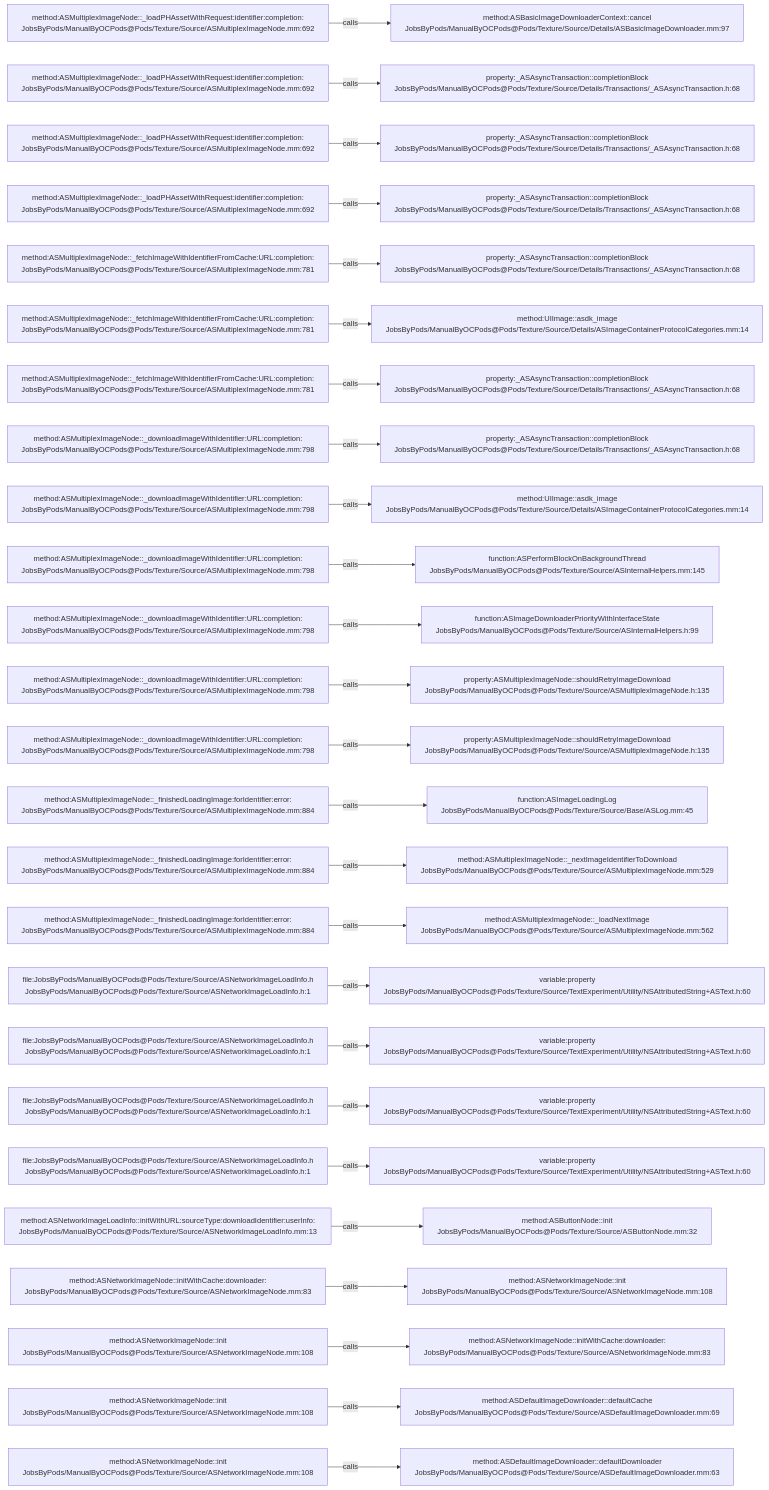
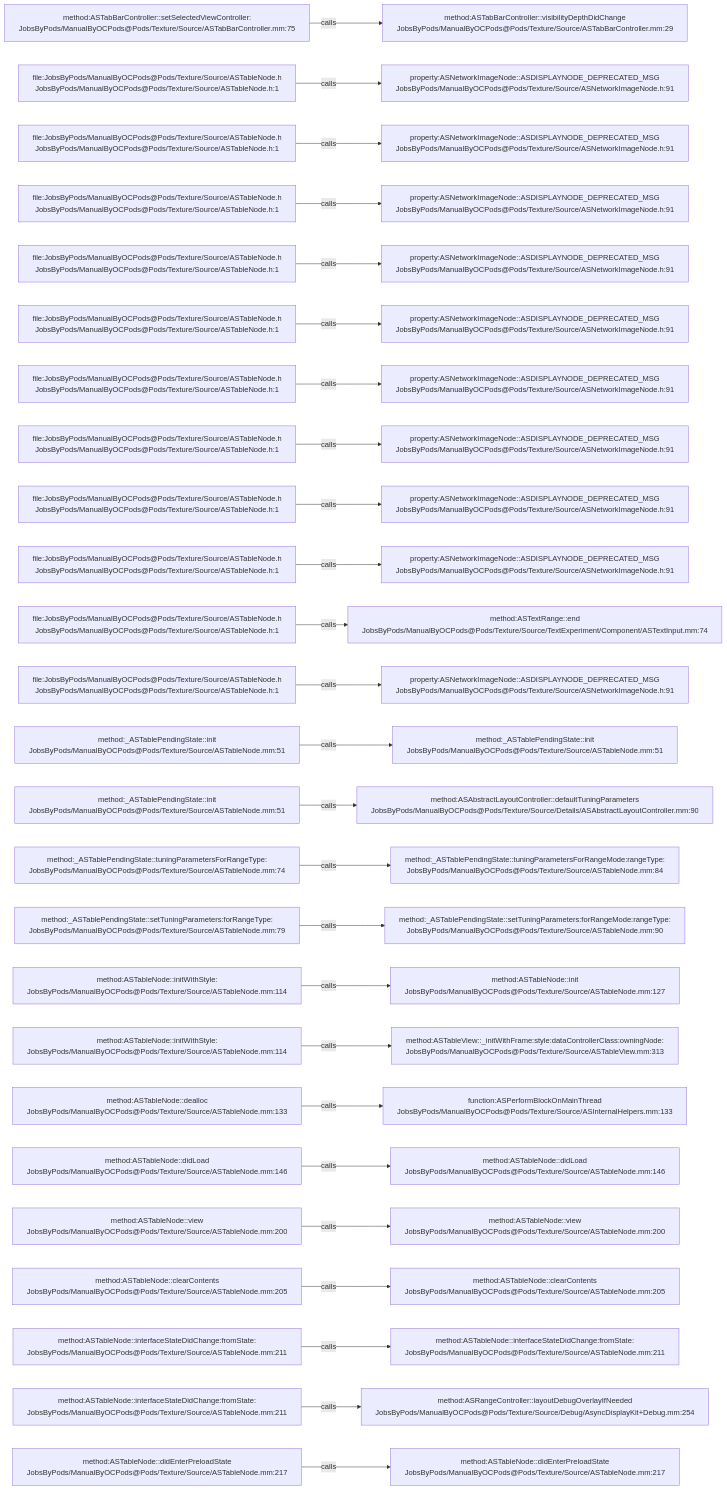
The diagram in .codegraph/codegraph.md/graphs/calls-124.md (JobsKits/JobsOCBaseConfigDemo), drawn with Mermaid before and after one commit. The commit also changed 1223 other files, not shown here.

````diff
--- a/.codegraph/codegraph.md/graphs/calls-124.md
+++ b/.codegraph/codegraph.md/graphs/calls-124.md
@@ -13,78 +13,78 @@
 ```mermaid
 flowchart LR
-  S1["method:ASMultiplexImageNode::_loadPHAssetWithRequest:identifier:completion:<br/>JobsByPods/ManualByOCPods@Pods/Texture/Source/ASMultiplexImageNode.mm:692"]
-  T1["method:ASBasicImageDownloaderContext::cancel<br/>JobsByPods/ManualByOCPods@Pods/Texture/Source/Details/ASBasicImageDownloader.mm:97"]
+  S1["method:ASTabBarController::setSelectedViewController:<br/>JobsByPods/ManualByOCPods@Pods/Texture/Source/ASTabBarController.mm:75"]
+  T1["method:ASTabBarController::visibilityDepthDidChange<br/>JobsByPods/ManualByOCPods@Pods/Texture/Source/ASTabBarController.mm:29"]
   S1 -->|calls| T1
-  S2["method:ASMultiplexImageNode::_loadPHAssetWithRequest:identifier:completion:<br/>JobsByPods/ManualByOCPods@Pods/Texture/Source/ASMultiplexImageNode.mm:692"]
-  T2["property:_ASAsyncTransaction::completionBlock<br/>JobsByPods/ManualByOCPods@Pods/Texture/Source/Details/Transactions/_ASAsyncTransaction.h:68"]
+  S2["file:JobsByPods/ManualByOCPods@Pods/Texture/Source/ASTableNode.h<br/>JobsByPods/ManualByOCPods@Pods/Texture/Source/ASTableNode.h:1"]
+  T2["property:ASNetworkImageNode::ASDISPLAYNODE_DEPRECATED_MSG<br/>JobsByPods/ManualByOCPods@Pods/Texture/Source/ASNetworkImageNode.h:91"]
   S2 -->|calls| T2
-  S3["method:ASMultiplexImageNode::_loadPHAssetWithRequest:identifier:completion:<br/>JobsByPods/ManualByOCPods@Pods/Texture/Source/ASMultiplexImageNode.mm:692"]
-  T3["property:_ASAsyncTransaction::completionBlock<br/>JobsByPods/ManualByOCPods@Pods/Texture/Source/Details/Transactions/_ASAsyncTransaction.h:68"]
+  S3["file:JobsByPods/ManualByOCPods@Pods/Texture/Source/ASTableNode.h<br/>JobsByPods/ManualByOCPods@Pods/Texture/Source/ASTableNode.h:1"]
+  T3["property:ASNetworkImageNode::ASDISPLAYNODE_DEPRECATED_MSG<br/>JobsByPods/ManualByOCPods@Pods/Texture/Source/ASNetworkImageNode.h:91"]
   S3 -->|calls| T3
-  S4["method:ASMultiplexImageNode::_loadPHAssetWithRequest:identifier:completion:<br/>JobsByPods/ManualByOCPods@Pods/Texture/Source/ASMultiplexImageNode.mm:692"]
-  T4["property:_ASAsyncTransaction::completionBlock<br/>JobsByPods/ManualByOCPods@Pods/Texture/Source/Details/Transactions/_ASAsyncTransaction.h:68"]
+  S4["file:JobsByPods/ManualByOCPods@Pods/Texture/Source/ASTableNode.h<br/>JobsByPods/ManualByOCPods@Pods/Texture/Source/ASTableNode.h:1"]
+  T4["property:ASNetworkImageNode::ASDISPLAYNODE_DEPRECATED_MSG<br/>JobsByPods/ManualByOCPods@Pods/Texture/Source/ASNetworkImageNode.h:91"]
   S4 -->|calls| T4
-  S5["method:ASMultiplexImageNode::_fetchImageWithIdentifierFromCache:URL:completion:<br/>JobsByPods/ManualByOCPods@Pods/Texture/Source/ASMultiplexImageNode.mm:781"]
-  T5["property:_ASAsyncTransaction::completionBlock<br/>JobsByPods/ManualByOCPods@Pods/Texture/Source/Details/Transactions/_ASAsyncTransaction.h:68"]
+  S5["file:JobsByPods/ManualByOCPods@Pods/Texture/Source/ASTableNode.h<br/>JobsByPods/ManualByOCPods@Pods/Texture/Source/ASTableNode.h:1"]
+  T5["property:ASNetworkImageNode::ASDISPLAYNODE_DEPRECATED_MSG<br/>JobsByPods/ManualByOCPods@Pods/Texture/Source/ASNetworkImageNode.h:91"]
   S5 -->|calls| T5
-  S6["method:ASMultiplexImageNode::_fetchImageWithIdentifierFromCache:URL:completion:<br/>JobsByPods/ManualByOCPods@Pods/Texture/Source/ASMultiplexImageNode.mm:781"]
-  T6["method:UIImage::asdk_image<br/>JobsByPods/ManualByOCPods@Pods/Texture/Source/Details/ASImageContainerProtocolCategories.mm:14"]
+  S6["file:JobsByPods/ManualByOCPods@Pods/Texture/Source/ASTableNode.h<br/>JobsByPods/ManualByOCPods@Pods/Texture/Source/ASTableNode.h:1"]
+  T6["property:ASNetworkImageNode::ASDISPLAYNODE_DEPRECATED_MSG<br/>JobsByPods/ManualByOCPods@Pods/Texture/Source/ASNetworkImageNode.h:91"]
   S6 -->|calls| T6
-  S7["method:ASMultiplexImageNode::_fetchImageWithIdentifierFromCache:URL:completion:<br/>JobsByPods/ManualByOCPods@Pods/Texture/Source/ASMultiplexImageNode.mm:781"]
-  T7["property:_ASAsyncTransaction::completionBlock<br/>JobsByPods/ManualByOCPods@Pods/Texture/Source/Details/Transactions/_ASAsyncTransaction.h:68"]
+  S7["file:JobsByPods/ManualByOCPods@Pods/Texture/Source/ASTableNode.h<br/>JobsByPods/ManualByOCPods@Pods/Texture/Source/ASTableNode.h:1"]
+  T7["property:ASNetworkImageNode::ASDISPLAYNODE_DEPRECATED_MSG<br/>JobsByPods/ManualByOCPods@Pods/Texture/Source/ASNetworkImageNode.h:91"]
   S7 -->|calls| T7
-  S8["method:ASMultiplexImageNode::_downloadImageWithIdentifier:URL:completion:<br/>JobsByPods/ManualByOCPods@Pods/Texture/Source/ASMultiplexImageNode.mm:798"]
-  T8["property:_ASAsyncTransaction::completionBlock<br/>JobsByPods/ManualByOCPods@Pods/Texture/Source/Details/Transactions/_ASAsyncTransaction.h:68"]
+  S8["file:JobsByPods/ManualByOCPods@Pods/Texture/Source/ASTableNode.h<br/>JobsByPods/ManualByOCPods@Pods/Texture/Source/ASTableNode.h:1"]
+  T8["property:ASNetworkImageNode::ASDISPLAYNODE_DEPRECATED_MSG<br/>JobsByPods/ManualByOCPods@Pods/Texture/Source/ASNetworkImageNode.h:91"]
   S8 -->|calls| T8
-  S9["method:ASMultiplexImageNode::_downloadImageWithIdentifier:URL:completion:<br/>JobsByPods/ManualByOCPods@Pods/Texture/Source/ASMultiplexImageNode.mm:798"]
-  T9["method:UIImage::asdk_image<br/>JobsByPods/ManualByOCPods@Pods/Texture/Source/Details/ASImageContainerProtocolCategories.mm:14"]
+  S9["file:JobsByPods/ManualByOCPods@Pods/Texture/Source/ASTableNode.h<br/>JobsByPods/ManualByOCPods@Pods/Texture/Source/ASTableNode.h:1"]
+  T9["property:ASNetworkImageNode::ASDISPLAYNODE_DEPRECATED_MSG<br/>JobsByPods/ManualByOCPods@Pods/Texture/Source/ASNetworkImageNode.h:91"]
   S9 -->|calls| T9
-  S10["method:ASMultiplexImageNode::_downloadImageWithIdentifier:URL:completion:<br/>JobsByPods/ManualByOCPods@Pods/Texture/Source/ASMultiplexImageNode.mm:798"]
-  T10["function:ASPerformBlockOnBackgroundThread<br/>JobsByPods/ManualByOCPods@Pods/Texture/Source/ASInternalHelpers.mm:145"]
+  S10["file:JobsByPods/ManualByOCPods@Pods/Texture/Source/ASTableNode.h<br/>JobsByPods/ManualByOCPods@Pods/Texture/Source/ASTableNode.h:1"]
+  T10["property:ASNetworkImageNode::ASDISPLAYNODE_DEPRECATED_MSG<br/>JobsByPods/ManualByOCPods@Pods/Texture/Source/ASNetworkImageNode.h:91"]
   S10 -->|calls| T10
-  S11["method:ASMultiplexImageNode::_downloadImageWithIdentifier:URL:completion:<br/>JobsByPods/ManualByOCPods@Pods/Texture/Source/ASMultiplexImageNode.mm:798"]
-  T11["function:ASImageDownloaderPriorityWithInterfaceState<br/>JobsByPods/ManualByOCPods@Pods/Texture/Source/ASInternalHelpers.h:99"]
+  S11["file:JobsByPods/ManualByOCPods@Pods/Texture/Source/ASTableNode.h<br/>JobsByPods/ManualByOCPods@Pods/Texture/Source/ASTableNode.h:1"]
+  T11["method:ASTextRange::end<br/>JobsByPods/ManualByOCPods@Pods/Texture/Source/TextExperiment/Component/ASTextInput.mm:74"]
   S11 -->|calls| T11
-  S12["method:ASMultiplexImageNode::_downloadImageWithIdentifier:URL:completion:<br/>JobsByPods/ManualByOCPods@Pods/Texture/Source/ASMultiplexImageNode.mm:798"]
-  T12["property:ASMultiplexImageNode::shouldRetryImageDownload<br/>JobsByPods/ManualByOCPods@Pods/Texture/Source/ASMultiplexImageNode.h:135"]
+  S12["file:JobsByPods/ManualByOCPods@Pods/Texture/Source/ASTableNode.h<br/>JobsByPods/ManualByOCPods@Pods/Texture/Source/ASTableNode.h:1"]
+  T12["property:ASNetworkImageNode::ASDISPLAYNODE_DEPRECATED_MSG<br/>JobsByPods/ManualByOCPods@Pods/Texture/Source/ASNetworkImageNode.h:91"]
   S12 -->|calls| T12
-  S13["method:ASMultiplexImageNode::_downloadImageWithIdentifier:URL:completion:<br/>JobsByPods/ManualByOCPods@Pods/Texture/Source/ASMultiplexImageNode.mm:798"]
-  T13["property:ASMultiplexImageNode::shouldRetryImageDownload<br/>JobsByPods/ManualByOCPods@Pods/Texture/Source/ASMultiplexImageNode.h:135"]
+  S13["method:_ASTablePendingState::init<br/>JobsByPods/ManualByOCPods@Pods/Texture/Source/ASTableNode.mm:51"]
+  T13["method:_ASTablePendingState::init<br/>JobsByPods/ManualByOCPods@Pods/Texture/Source/ASTableNode.mm:51"]
   S13 -->|calls| T13
-  S14["method:ASMultiplexImageNode::_finishedLoadingImage:forIdentifier:error:<br/>JobsByPods/ManualByOCPods@Pods/Texture/Source/ASMultiplexImageNode.mm:884"]
-  T14["function:ASImageLoadingLog<br/>JobsByPods/ManualByOCPods@Pods/Texture/Source/Base/ASLog.mm:45"]
+  S14["method:_ASTablePendingState::init<br/>JobsByPods/ManualByOCPods@Pods/Texture/Source/ASTableNode.mm:51"]
+  T14["method:ASAbstractLayoutController::defaultTuningParameters<br/>JobsByPods/ManualByOCPods@Pods/Texture/Source/Details/ASAbstractLayoutController.mm:90"]
   S14 -->|calls| T14
-  S15["method:ASMultiplexImageNode::_finishedLoadingImage:forIdentifier:error:<br/>JobsByPods/ManualByOCPods@Pods/Texture/Source/ASMultiplexImageNode.mm:884"]
-  T15["method:ASMultiplexImageNode::_nextImageIdentifierToDownload<br/>JobsByPods/ManualByOCPods@Pods/Texture/Source/ASMultiplexImageNode.mm:529"]
+  S15["method:_ASTablePendingState::tuningParametersForRangeType:<br/>JobsByPods/ManualByOCPods@Pods/Texture/Source/ASTableNode.mm:74"]
+  T15["method:_ASTablePendingState::tuningParametersForRangeMode:rangeType:<br/>JobsByPods/ManualByOCPods@Pods/Texture/Source/ASTableNode.mm:84"]
   S15 -->|calls| T15
-  S16["method:ASMultiplexImageNode::_finishedLoadingImage:forIdentifier:error:<br/>JobsByPods/ManualByOCPods@Pods/Texture/Source/ASMultiplexImageNode.mm:884"]
-  T16["method:ASMultiplexImageNode::_loadNextImage<br/>JobsByPods/ManualByOCPods@Pods/Texture/Source/ASMultiplexImageNode.mm:562"]
+  S16["method:_ASTablePendingState::setTuningParameters:forRangeType:<br/>JobsByPods/ManualByOCPods@Pods/Texture/Source/ASTableNode.mm:79"]
+  T16["method:_ASTablePendingState::setTuningParameters:forRangeMode:rangeType:<br/>JobsByPods/ManualByOCPods@Pods/Texture/Source/ASTableNode.mm:90"]
   S16 -->|calls| T16
-  S17["file:JobsByPods/ManualByOCPods@Pods/Texture/Source/ASNetworkImageLoadInfo.h<br/>JobsByPods/ManualByOCPods@Pods/Texture/Source/ASNetworkImageLoadInfo.h:1"]
-  T17["variable:property<br/>JobsByPods/ManualByOCPods@Pods/Texture/Source/TextExperiment/Utility/NSAttributedString+ASText.h:60"]
+  S17["method:ASTableNode::initWithStyle:<br/>JobsByPods/ManualByOCPods@Pods/Texture/Source/ASTableNode.mm:114"]
+  T17["method:ASTableNode::init<br/>JobsByPods/ManualByOCPods@Pods/Texture/Source/ASTableNode.mm:127"]
   S17 -->|calls| T17
-  S18["file:JobsByPods/ManualByOCPods@Pods/Texture/Source/ASNetworkImageLoadInfo.h<br/>JobsByPods/ManualByOCPods@Pods/Texture/Source/ASNetworkImageLoadInfo.h:1"]
-  T18["variable:property<br/>JobsByPods/ManualByOCPods@Pods/Texture/Source/TextExperiment/Utility/NSAttributedString+ASText.h:60"]
+  S18["method:ASTableNode::initWithStyle:<br/>JobsByPods/ManualByOCPods@Pods/Texture/Source/ASTableNode.mm:114"]
+  T18["method:ASTableView::_initWithFrame:style:dataControllerClass:owningNode:<br/>JobsByPods/ManualByOCPods@Pods/Texture/Source/ASTableView.mm:313"]
   S18 -->|calls| T18
-  S19["file:JobsByPods/ManualByOCPods@Pods/Texture/Source/ASNetworkImageLoadInfo.h<br/>JobsByPods/ManualByOCPods@Pods/Texture/Source/ASNetworkImageLoadInfo.h:1"]
-  T19["variable:property<br/>JobsByPods/ManualByOCPods@Pods/Texture/Source/TextExperiment/Utility/NSAttributedString+ASText.h:60"]
+  S19["method:ASTableNode::dealloc<br/>JobsByPods/ManualByOCPods@Pods/Texture/Source/ASTableNode.mm:133"]
+  T19["function:ASPerformBlockOnMainThread<br/>JobsByPods/ManualByOCPods@Pods/Texture/Source/ASInternalHelpers.mm:133"]
   S19 -->|calls| T19
-  S20["file:JobsByPods/ManualByOCPods@Pods/Texture/Source/ASNetworkImageLoadInfo.h<br/>JobsByPods/ManualByOCPods@Pods/Texture/Source/ASNetworkImageLoadInfo.h:1"]
-  T20["variable:property<br/>JobsByPods/ManualByOCPods@Pods/Texture/Source/TextExperiment/Utility/NSAttributedString+ASText.h:60"]
+  S20["method:ASTableNode::didLoad<br/>JobsByPods/ManualByOCPods@Pods/Texture/Source/ASTableNode.mm:146"]
+  T20["method:ASTableNode::didLoad<br/>JobsByPods/ManualByOCPods@Pods/Texture/Source/ASTableNode.mm:146"]
   S20 -->|calls| T20
-  S21["method:ASNetworkImageLoadInfo::initWithURL:sourceType:downloadIdentifier:userInfo:<br/>JobsByPods/ManualByOCPods@Pods/Texture/Source/ASNetworkImageLoadInfo.mm:13"]
-  T21["method:ASButtonNode::init<br/>JobsByPods/ManualByOCPods@Pods/Texture/Source/ASButtonNode.mm:32"]
+  S21["method:ASTableNode::view<br/>JobsByPods/ManualByOCPods@Pods/Texture/Source/ASTableNode.mm:200"]
+  T21["method:ASTableNode::view<br/>JobsByPods/ManualByOCPods@Pods/Texture/Source/ASTableNode.mm:200"]
   S21 -->|calls| T21
-  S22["method:ASNetworkImageNode::initWithCache:downloader:<br/>JobsByPods/ManualByOCPods@Pods/Texture/Source/ASNetworkImageNode.mm:83"]
-  T22["method:ASNetworkImageNode::init<br/>JobsByPods/ManualByOCPods@Pods/Texture/Source/ASNetworkImageNode.mm:108"]
+  S22["method:ASTableNode::clearContents<br/>JobsByPods/ManualByOCPods@Pods/Texture/Source/ASTableNode.mm:205"]
+  T22["method:ASTableNode::clearContents<br/>JobsByPods/ManualByOCPods@Pods/Texture/Source/ASTableNode.mm:205"]
   S22 -->|calls| T22
-  S23["method:ASNetworkImageNode::init<br/>JobsByPods/ManualByOCPods@Pods/Texture/Source/ASNetworkImageNode.mm:108"]
-  T23["method:ASNetworkImageNode::initWithCache:downloader:<br/>JobsByPods/ManualByOCPods@Pods/Texture/Source/ASNetworkImageNode.mm:83"]
+  S23["method:ASTableNode::interfaceStateDidChange:fromState:<br/>JobsByPods/ManualByOCPods@Pods/Texture/Source/ASTableNode.mm:211"]
+  T23["method:ASTableNode::interfaceStateDidChange:fromState:<br/>JobsByPods/ManualByOCPods@Pods/Texture/Source/ASTableNode.mm:211"]
   S23 -->|calls| T23
-  S24["method:ASNetworkImageNode::init<br/>JobsByPods/ManualByOCPods@Pods/Texture/Source/ASNetworkImageNode.mm:108"]
-  T24["method:ASDefaultImageDownloader::defaultCache<br/>JobsByPods/ManualByOCPods@Pods/Texture/Source/ASDefaultImageDownloader.mm:69"]
+  S24["method:ASTableNode::interfaceStateDidChange:fromState:<br/>JobsByPods/ManualByOCPods@Pods/Texture/Source/ASTableNode.mm:211"]
+  T24["method:ASRangeController::layoutDebugOverlayIfNeeded<br/>JobsByPods/ManualByOCPods@Pods/Texture/Source/Debug/AsyncDisplayKit+Debug.mm:254"]
   S24 -->|calls| T24
-  S25["method:ASNetworkImageNode::init<br/>JobsByPods/ManualByOCPods@Pods/Texture/Source/ASNetworkImageNode.mm:108"]
-  T25["method:ASDefaultImageDownloader::defaultDownloader<br/>JobsByPods/ManualByOCPods@Pods/Texture/Source/ASDefaultImageDownloader.mm:63"]
+  S25["method:ASTableNode::didEnterPreloadState<br/>JobsByPods/ManualByOCPods@Pods/Texture/Source/ASTableNode.mm:217"]
+  T25["method:ASTableNode::didEnterPreloadState<br/>JobsByPods/ManualByOCPods@Pods/Texture/Source/ASTableNode.mm:217"]
   S25 -->|calls| T25
 ```
````
